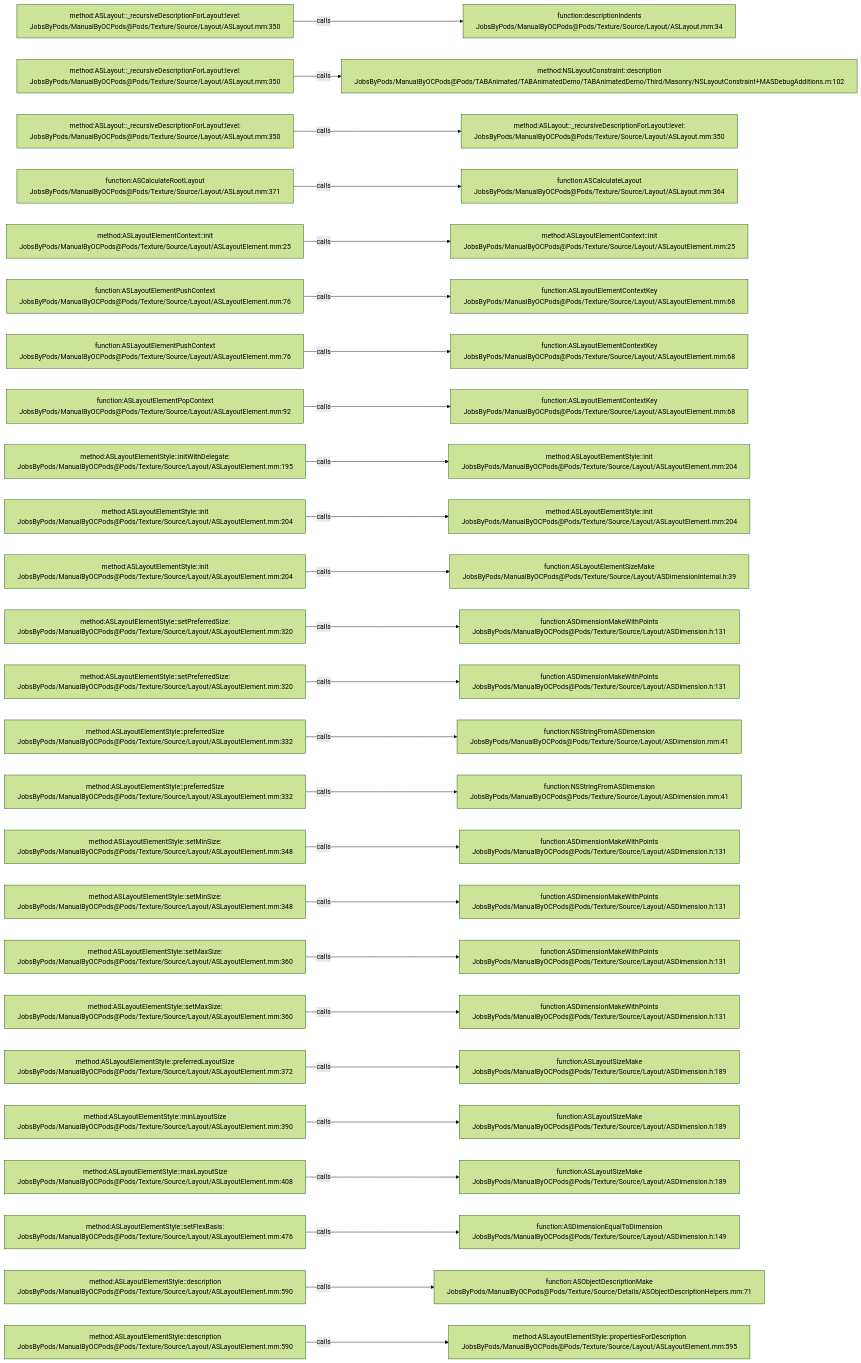
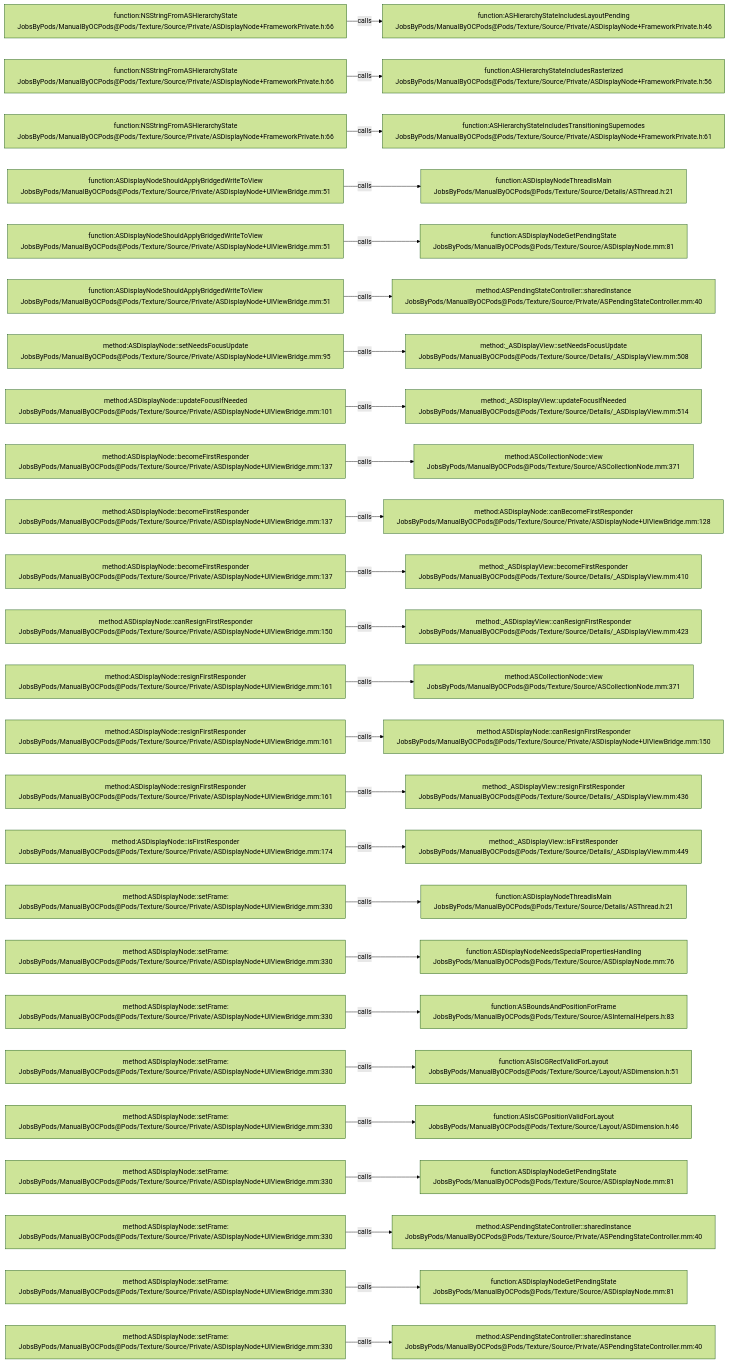
One commit to JobsKits/JobsOCBaseConfigDemo changed the diagram in .codegraph/codegraph.md/graphs/calls-171.md. Above: the diagram before and after it, drawn with Mermaid (forest theme). The commit also changed 2723 other files, not shown here.

````diff
--- a/.codegraph/codegraph.md/graphs/calls-171.md
+++ b/.codegraph/codegraph.md/graphs/calls-171.md
@@ -13,78 +13,78 @@
 ```mermaid
 flowchart LR
-  S1["method:ASLayout::_recursiveDescriptionForLayout:level:<br/>JobsByPods/ManualByOCPods@Pods/Texture/Source/Layout/ASLayout.mm:350"]
-  T1["function:descriptionIndents<br/>JobsByPods/ManualByOCPods@Pods/Texture/Source/Layout/ASLayout.mm:34"]
+  S1["function:NSStringFromASHierarchyState<br/>JobsByPods/ManualByOCPods@Pods/Texture/Source/Private/ASDisplayNode+FrameworkPrivate.h:66"]
+  T1["function:ASHierarchyStateIncludesLayoutPending<br/>JobsByPods/ManualByOCPods@Pods/Texture/Source/Private/ASDisplayNode+FrameworkPrivate.h:46"]
   S1 -->|calls| T1
-  S2["method:ASLayout::_recursiveDescriptionForLayout:level:<br/>JobsByPods/ManualByOCPods@Pods/Texture/Source/Layout/ASLayout.mm:350"]
-  T2["method:NSLayoutConstraint::description<br/>JobsByPods/ManualByOCPods@Pods/TABAnimated/TABAnimatedDemo/TABAnimatedDemo/Third/Masonry/NSLayoutConstraint+MASDebugAdditions.m:102"]
+  S2["function:NSStringFromASHierarchyState<br/>JobsByPods/ManualByOCPods@Pods/Texture/Source/Private/ASDisplayNode+FrameworkPrivate.h:66"]
+  T2["function:ASHierarchyStateIncludesRasterized<br/>JobsByPods/ManualByOCPods@Pods/Texture/Source/Private/ASDisplayNode+FrameworkPrivate.h:56"]
   S2 -->|calls| T2
-  S3["method:ASLayout::_recursiveDescriptionForLayout:level:<br/>JobsByPods/ManualByOCPods@Pods/Texture/Source/Layout/ASLayout.mm:350"]
-  T3["method:ASLayout::_recursiveDescriptionForLayout:level:<br/>JobsByPods/ManualByOCPods@Pods/Texture/Source/Layout/ASLayout.mm:350"]
+  S3["function:NSStringFromASHierarchyState<br/>JobsByPods/ManualByOCPods@Pods/Texture/Source/Private/ASDisplayNode+FrameworkPrivate.h:66"]
+  T3["function:ASHierarchyStateIncludesTransitioningSupernodes<br/>JobsByPods/ManualByOCPods@Pods/Texture/Source/Private/ASDisplayNode+FrameworkPrivate.h:61"]
   S3 -->|calls| T3
-  S4["function:ASCalculateRootLayout<br/>JobsByPods/ManualByOCPods@Pods/Texture/Source/Layout/ASLayout.mm:371"]
-  T4["function:ASCalculateLayout<br/>JobsByPods/ManualByOCPods@Pods/Texture/Source/Layout/ASLayout.mm:364"]
+  S4["function:ASDisplayNodeShouldApplyBridgedWriteToView<br/>JobsByPods/ManualByOCPods@Pods/Texture/Source/Private/ASDisplayNode+UIViewBridge.mm:51"]
+  T4["function:ASDisplayNodeThreadIsMain<br/>JobsByPods/ManualByOCPods@Pods/Texture/Source/Details/ASThread.h:21"]
   S4 -->|calls| T4
-  S5["method:ASLayoutElementContext::init<br/>JobsByPods/ManualByOCPods@Pods/Texture/Source/Layout/ASLayoutElement.mm:25"]
-  T5["method:ASLayoutElementContext::init<br/>JobsByPods/ManualByOCPods@Pods/Texture/Source/Layout/ASLayoutElement.mm:25"]
+  S5["function:ASDisplayNodeShouldApplyBridgedWriteToView<br/>JobsByPods/ManualByOCPods@Pods/Texture/Source/Private/ASDisplayNode+UIViewBridge.mm:51"]
+  T5["function:ASDisplayNodeGetPendingState<br/>JobsByPods/ManualByOCPods@Pods/Texture/Source/ASDisplayNode.mm:81"]
   S5 -->|calls| T5
-  S6["function:ASLayoutElementPushContext<br/>JobsByPods/ManualByOCPods@Pods/Texture/Source/Layout/ASLayoutElement.mm:76"]
-  T6["function:ASLayoutElementContextKey<br/>JobsByPods/ManualByOCPods@Pods/Texture/Source/Layout/ASLayoutElement.mm:68"]
+  S6["function:ASDisplayNodeShouldApplyBridgedWriteToView<br/>JobsByPods/ManualByOCPods@Pods/Texture/Source/Private/ASDisplayNode+UIViewBridge.mm:51"]
+  T6["method:ASPendingStateController::sharedInstance<br/>JobsByPods/ManualByOCPods@Pods/Texture/Source/Private/ASPendingStateController.mm:40"]
   S6 -->|calls| T6
-  S7["function:ASLayoutElementPushContext<br/>JobsByPods/ManualByOCPods@Pods/Texture/Source/Layout/ASLayoutElement.mm:76"]
-  T7["function:ASLayoutElementContextKey<br/>JobsByPods/ManualByOCPods@Pods/Texture/Source/Layout/ASLayoutElement.mm:68"]
+  S7["method:ASDisplayNode::setNeedsFocusUpdate<br/>JobsByPods/ManualByOCPods@Pods/Texture/Source/Private/ASDisplayNode+UIViewBridge.mm:95"]
+  T7["method:_ASDisplayView::setNeedsFocusUpdate<br/>JobsByPods/ManualByOCPods@Pods/Texture/Source/Details/_ASDisplayView.mm:508"]
   S7 -->|calls| T7
-  S8["function:ASLayoutElementPopContext<br/>JobsByPods/ManualByOCPods@Pods/Texture/Source/Layout/ASLayoutElement.mm:92"]
-  T8["function:ASLayoutElementContextKey<br/>JobsByPods/ManualByOCPods@Pods/Texture/Source/Layout/ASLayoutElement.mm:68"]
+  S8["method:ASDisplayNode::updateFocusIfNeeded<br/>JobsByPods/ManualByOCPods@Pods/Texture/Source/Private/ASDisplayNode+UIViewBridge.mm:101"]
+  T8["method:_ASDisplayView::updateFocusIfNeeded<br/>JobsByPods/ManualByOCPods@Pods/Texture/Source/Details/_ASDisplayView.mm:514"]
   S8 -->|calls| T8
-  S9["method:ASLayoutElementStyle::initWithDelegate:<br/>JobsByPods/ManualByOCPods@Pods/Texture/Source/Layout/ASLayoutElement.mm:195"]
-  T9["method:ASLayoutElementStyle::init<br/>JobsByPods/ManualByOCPods@Pods/Texture/Source/Layout/ASLayoutElement.mm:204"]
+  S9["method:ASDisplayNode::becomeFirstResponder<br/>JobsByPods/ManualByOCPods@Pods/Texture/Source/Private/ASDisplayNode+UIViewBridge.mm:137"]
+  T9["method:ASCollectionNode::view<br/>JobsByPods/ManualByOCPods@Pods/Texture/Source/ASCollectionNode.mm:371"]
   S9 -->|calls| T9
-  S10["method:ASLayoutElementStyle::init<br/>JobsByPods/ManualByOCPods@Pods/Texture/Source/Layout/ASLayoutElement.mm:204"]
-  T10["method:ASLayoutElementStyle::init<br/>JobsByPods/ManualByOCPods@Pods/Texture/Source/Layout/ASLayoutElement.mm:204"]
+  S10["method:ASDisplayNode::becomeFirstResponder<br/>JobsByPods/ManualByOCPods@Pods/Texture/Source/Private/ASDisplayNode+UIViewBridge.mm:137"]
+  T10["method:ASDisplayNode::canBecomeFirstResponder<br/>JobsByPods/ManualByOCPods@Pods/Texture/Source/Private/ASDisplayNode+UIViewBridge.mm:128"]
   S10 -->|calls| T10
-  S11["method:ASLayoutElementStyle::init<br/>JobsByPods/ManualByOCPods@Pods/Texture/Source/Layout/ASLayoutElement.mm:204"]
-  T11["function:ASLayoutElementSizeMake<br/>JobsByPods/ManualByOCPods@Pods/Texture/Source/Layout/ASDimensionInternal.h:39"]
+  S11["method:ASDisplayNode::becomeFirstResponder<br/>JobsByPods/ManualByOCPods@Pods/Texture/Source/Private/ASDisplayNode+UIViewBridge.mm:137"]
+  T11["method:_ASDisplayView::becomeFirstResponder<br/>JobsByPods/ManualByOCPods@Pods/Texture/Source/Details/_ASDisplayView.mm:410"]
   S11 -->|calls| T11
-  S12["method:ASLayoutElementStyle::setPreferredSize:<br/>JobsByPods/ManualByOCPods@Pods/Texture/Source/Layout/ASLayoutElement.mm:320"]
-  T12["function:ASDimensionMakeWithPoints<br/>JobsByPods/ManualByOCPods@Pods/Texture/Source/Layout/ASDimension.h:131"]
+  S12["method:ASDisplayNode::canResignFirstResponder<br/>JobsByPods/ManualByOCPods@Pods/Texture/Source/Private/ASDisplayNode+UIViewBridge.mm:150"]
+  T12["method:_ASDisplayView::canResignFirstResponder<br/>JobsByPods/ManualByOCPods@Pods/Texture/Source/Details/_ASDisplayView.mm:423"]
   S12 -->|calls| T12
-  S13["method:ASLayoutElementStyle::setPreferredSize:<br/>JobsByPods/ManualByOCPods@Pods/Texture/Source/Layout/ASLayoutElement.mm:320"]
-  T13["function:ASDimensionMakeWithPoints<br/>JobsByPods/ManualByOCPods@Pods/Texture/Source/Layout/ASDimension.h:131"]
+  S13["method:ASDisplayNode::resignFirstResponder<br/>JobsByPods/ManualByOCPods@Pods/Texture/Source/Private/ASDisplayNode+UIViewBridge.mm:161"]
+  T13["method:ASCollectionNode::view<br/>JobsByPods/ManualByOCPods@Pods/Texture/Source/ASCollectionNode.mm:371"]
   S13 -->|calls| T13
-  S14["method:ASLayoutElementStyle::preferredSize<br/>JobsByPods/ManualByOCPods@Pods/Texture/Source/Layout/ASLayoutElement.mm:332"]
-  T14["function:NSStringFromASDimension<br/>JobsByPods/ManualByOCPods@Pods/Texture/Source/Layout/ASDimension.mm:41"]
+  S14["method:ASDisplayNode::resignFirstResponder<br/>JobsByPods/ManualByOCPods@Pods/Texture/Source/Private/ASDisplayNode+UIViewBridge.mm:161"]
+  T14["method:ASDisplayNode::canResignFirstResponder<br/>JobsByPods/ManualByOCPods@Pods/Texture/Source/Private/ASDisplayNode+UIViewBridge.mm:150"]
   S14 -->|calls| T14
-  S15["method:ASLayoutElementStyle::preferredSize<br/>JobsByPods/ManualByOCPods@Pods/Texture/Source/Layout/ASLayoutElement.mm:332"]
-  T15["function:NSStringFromASDimension<br/>JobsByPods/ManualByOCPods@Pods/Texture/Source/Layout/ASDimension.mm:41"]
+  S15["method:ASDisplayNode::resignFirstResponder<br/>JobsByPods/ManualByOCPods@Pods/Texture/Source/Private/ASDisplayNode+UIViewBridge.mm:161"]
+  T15["method:_ASDisplayView::resignFirstResponder<br/>JobsByPods/ManualByOCPods@Pods/Texture/Source/Details/_ASDisplayView.mm:436"]
   S15 -->|calls| T15
-  S16["method:ASLayoutElementStyle::setMinSize:<br/>JobsByPods/ManualByOCPods@Pods/Texture/Source/Layout/ASLayoutElement.mm:348"]
-  T16["function:ASDimensionMakeWithPoints<br/>JobsByPods/ManualByOCPods@Pods/Texture/Source/Layout/ASDimension.h:131"]
+  S16["method:ASDisplayNode::isFirstResponder<br/>JobsByPods/ManualByOCPods@Pods/Texture/Source/Private/ASDisplayNode+UIViewBridge.mm:174"]
+  T16["method:_ASDisplayView::isFirstResponder<br/>JobsByPods/ManualByOCPods@Pods/Texture/Source/Details/_ASDisplayView.mm:449"]
   S16 -->|calls| T16
-  S17["method:ASLayoutElementStyle::setMinSize:<br/>JobsByPods/ManualByOCPods@Pods/Texture/Source/Layout/ASLayoutElement.mm:348"]
-  T17["function:ASDimensionMakeWithPoints<br/>JobsByPods/ManualByOCPods@Pods/Texture/Source/Layout/ASDimension.h:131"]
+  S17["method:ASDisplayNode::setFrame:<br/>JobsByPods/ManualByOCPods@Pods/Texture/Source/Private/ASDisplayNode+UIViewBridge.mm:330"]
+  T17["function:ASDisplayNodeThreadIsMain<br/>JobsByPods/ManualByOCPods@Pods/Texture/Source/Details/ASThread.h:21"]
   S17 -->|calls| T17
-  S18["method:ASLayoutElementStyle::setMaxSize:<br/>JobsByPods/ManualByOCPods@Pods/Texture/Source/Layout/ASLayoutElement.mm:360"]
-  T18["function:ASDimensionMakeWithPoints<br/>JobsByPods/ManualByOCPods@Pods/Texture/Source/Layout/ASDimension.h:131"]
+  S18["method:ASDisplayNode::setFrame:<br/>JobsByPods/ManualByOCPods@Pods/Texture/Source/Private/ASDisplayNode+UIViewBridge.mm:330"]
+  T18["function:ASDisplayNodeNeedsSpecialPropertiesHandling<br/>JobsByPods/ManualByOCPods@Pods/Texture/Source/ASDisplayNode.mm:76"]
   S18 -->|calls| T18
-  S19["method:ASLayoutElementStyle::setMaxSize:<br/>JobsByPods/ManualByOCPods@Pods/Texture/Source/Layout/ASLayoutElement.mm:360"]
-  T19["function:ASDimensionMakeWithPoints<br/>JobsByPods/ManualByOCPods@Pods/Texture/Source/Layout/ASDimension.h:131"]
+  S19["method:ASDisplayNode::setFrame:<br/>JobsByPods/ManualByOCPods@Pods/Texture/Source/Private/ASDisplayNode+UIViewBridge.mm:330"]
+  T19["function:ASBoundsAndPositionForFrame<br/>JobsByPods/ManualByOCPods@Pods/Texture/Source/ASInternalHelpers.h:83"]
   S19 -->|calls| T19
-  S20["method:ASLayoutElementStyle::preferredLayoutSize<br/>JobsByPods/ManualByOCPods@Pods/Texture/Source/Layout/ASLayoutElement.mm:372"]
-  T20["function:ASLayoutSizeMake<br/>JobsByPods/ManualByOCPods@Pods/Texture/Source/Layout/ASDimension.h:189"]
+  S20["method:ASDisplayNode::setFrame:<br/>JobsByPods/ManualByOCPods@Pods/Texture/Source/Private/ASDisplayNode+UIViewBridge.mm:330"]
+  T20["function:ASIsCGRectValidForLayout<br/>JobsByPods/ManualByOCPods@Pods/Texture/Source/Layout/ASDimension.h:51"]
   S20 -->|calls| T20
-  S21["method:ASLayoutElementStyle::minLayoutSize<br/>JobsByPods/ManualByOCPods@Pods/Texture/Source/Layout/ASLayoutElement.mm:390"]
-  T21["function:ASLayoutSizeMake<br/>JobsByPods/ManualByOCPods@Pods/Texture/Source/Layout/ASDimension.h:189"]
+  S21["method:ASDisplayNode::setFrame:<br/>JobsByPods/ManualByOCPods@Pods/Texture/Source/Private/ASDisplayNode+UIViewBridge.mm:330"]
+  T21["function:ASIsCGPositionValidForLayout<br/>JobsByPods/ManualByOCPods@Pods/Texture/Source/Layout/ASDimension.h:46"]
   S21 -->|calls| T21
-  S22["method:ASLayoutElementStyle::maxLayoutSize<br/>JobsByPods/ManualByOCPods@Pods/Texture/Source/Layout/ASLayoutElement.mm:408"]
-  T22["function:ASLayoutSizeMake<br/>JobsByPods/ManualByOCPods@Pods/Texture/Source/Layout/ASDimension.h:189"]
+  S22["method:ASDisplayNode::setFrame:<br/>JobsByPods/ManualByOCPods@Pods/Texture/Source/Private/ASDisplayNode+UIViewBridge.mm:330"]
+  T22["function:ASDisplayNodeGetPendingState<br/>JobsByPods/ManualByOCPods@Pods/Texture/Source/ASDisplayNode.mm:81"]
   S22 -->|calls| T22
-  S23["method:ASLayoutElementStyle::setFlexBasis:<br/>JobsByPods/ManualByOCPods@Pods/Texture/Source/Layout/ASLayoutElement.mm:476"]
-  T23["function:ASDimensionEqualToDimension<br/>JobsByPods/ManualByOCPods@Pods/Texture/Source/Layout/ASDimension.h:149"]
+  S23["method:ASDisplayNode::setFrame:<br/>JobsByPods/ManualByOCPods@Pods/Texture/Source/Private/ASDisplayNode+UIViewBridge.mm:330"]
+  T23["method:ASPendingStateController::sharedInstance<br/>JobsByPods/ManualByOCPods@Pods/Texture/Source/Private/ASPendingStateController.mm:40"]
   S23 -->|calls| T23
-  S24["method:ASLayoutElementStyle::description<br/>JobsByPods/ManualByOCPods@Pods/Texture/Source/Layout/ASLayoutElement.mm:590"]
-  T24["function:ASObjectDescriptionMake<br/>JobsByPods/ManualByOCPods@Pods/Texture/Source/Details/ASObjectDescriptionHelpers.mm:71"]
+  S24["method:ASDisplayNode::setFrame:<br/>JobsByPods/ManualByOCPods@Pods/Texture/Source/Private/ASDisplayNode+UIViewBridge.mm:330"]
+  T24["function:ASDisplayNodeGetPendingState<br/>JobsByPods/ManualByOCPods@Pods/Texture/Source/ASDisplayNode.mm:81"]
   S24 -->|calls| T24
-  S25["method:ASLayoutElementStyle::description<br/>JobsByPods/ManualByOCPods@Pods/Texture/Source/Layout/ASLayoutElement.mm:590"]
-  T25["method:ASLayoutElementStyle::propertiesForDescription<br/>JobsByPods/ManualByOCPods@Pods/Texture/Source/Layout/ASLayoutElement.mm:595"]
+  S25["method:ASDisplayNode::setFrame:<br/>JobsByPods/ManualByOCPods@Pods/Texture/Source/Private/ASDisplayNode+UIViewBridge.mm:330"]
+  T25["method:ASPendingStateController::sharedInstance<br/>JobsByPods/ManualByOCPods@Pods/Texture/Source/Private/ASPendingStateController.mm:40"]
   S25 -->|calls| T25
 ```
````
